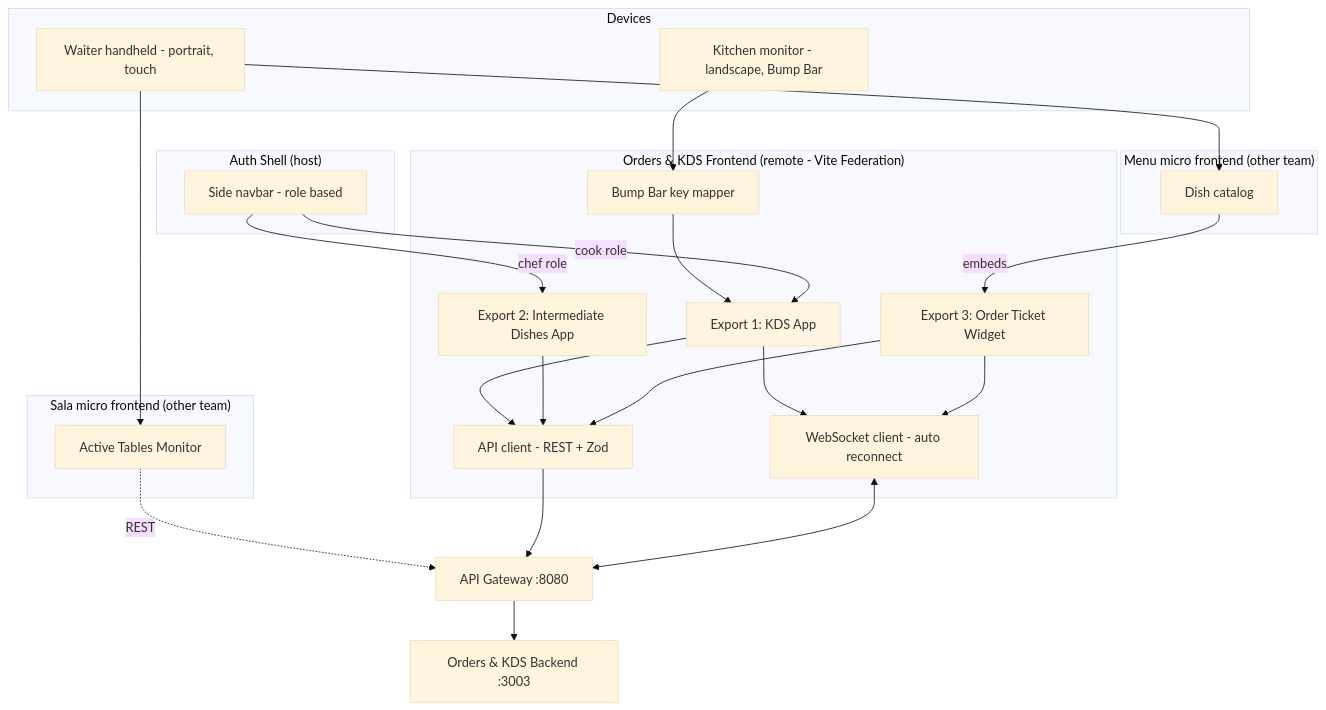
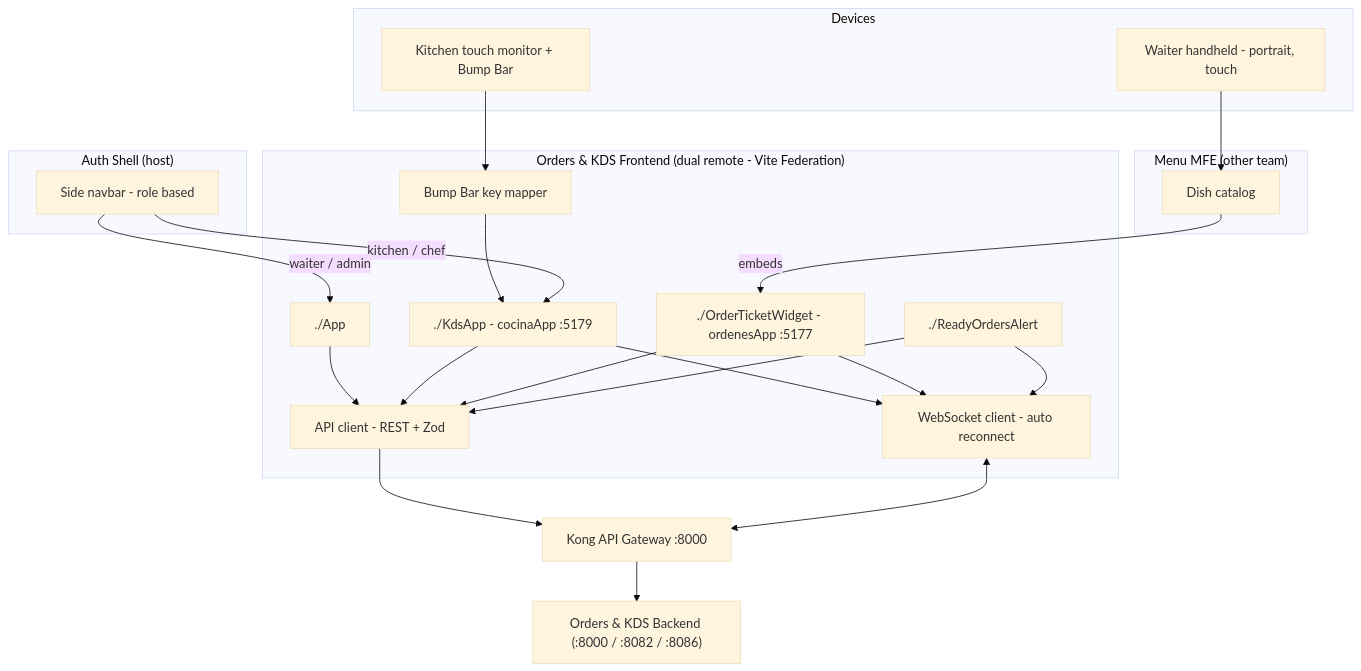
One commit to FMAT-Restaurant/OrdersKDS-Frontend changed the first of 2 diagrams in README.md. Above: the diagram before and after it, drawn with Mermaid (base theme). The commit also changed other lines of this file and 4 other files, not shown here.

````diff
--- a/README.md
+++ b/README.md
@@ -104,43 +95,38 @@
 ```mermaid
 flowchart TB
     subgraph Devices
         H[Waiter handheld - portrait, touch]
-        M[Kitchen monitor - landscape, Bump Bar]
+        M[Kitchen touch monitor + Bump Bar]
     end
 
     subgraph SHELL["Auth Shell (host)"]
         NAV[Side navbar - role based]
     end
 
-    subgraph SALA["Sala micro frontend (other team)"]
-        TM[Active Tables Monitor]
-    end
-
-    subgraph MENU["Menu micro frontend (other team)"]
+    subgraph MENU["Menu MFE (other team)"]
         CAT[Dish catalog]
     end
 
-    subgraph FE["Orders & KDS Frontend (remote - Vite Federation)"]
-        E1[Export 1: KDS App]
-        E2[Export 2: Intermediate Dishes App]
-        E3[Export 3: Order Ticket Widget]
+    subgraph FE["Orders & KDS Frontend (dual remote - Vite Federation)"]
+        E0[./App]
+        E1[./KdsApp - cocinaApp :5179]
+        E2[./OrderTicketWidget - ordenesApp :5177]
+        E3[./ReadyOrdersAlert]
         API[API client - REST + Zod]
         WS[WebSocket client - auto reconnect]
         BB[Bump Bar key mapper]
     end
 
-    GW["API Gateway :8080"]
-    BE["Orders & KDS Backend :3003"]
+    GW["Kong API Gateway :8000"]
+    BE["Orders & KDS Backend (:8000 / :8082 / :8086)"]
 
     M --> BB --> E1
-    H --> TM
     H --> CAT
-    NAV -->|cook role| E1
-    NAV -->|chef role| E2
-    CAT -->|embeds| E3
-    TM -.->|REST| GW
-    E1 & E2 & E3 --> API --> GW
+    NAV -->|kitchen / chef| E1
+    NAV -->|waiter / admin| E0
+    CAT -->|embeds| E2
+    E0 & E1 & E2 & E3 --> API --> GW
     WS <--> GW
-    E1 & E3 --> WS
+    E1 & E2 & E3 --> WS
     GW --> BE
 ```
````
